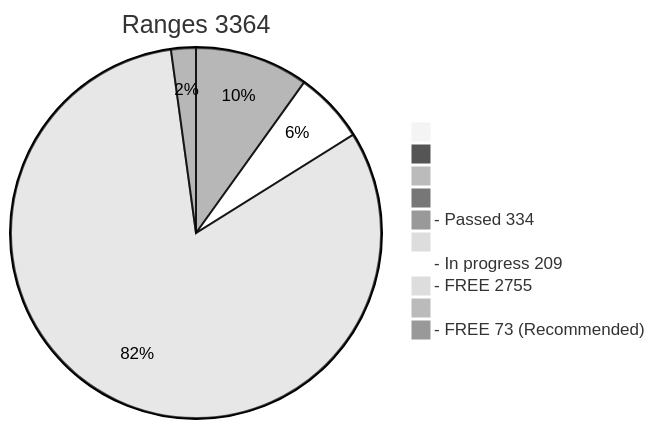
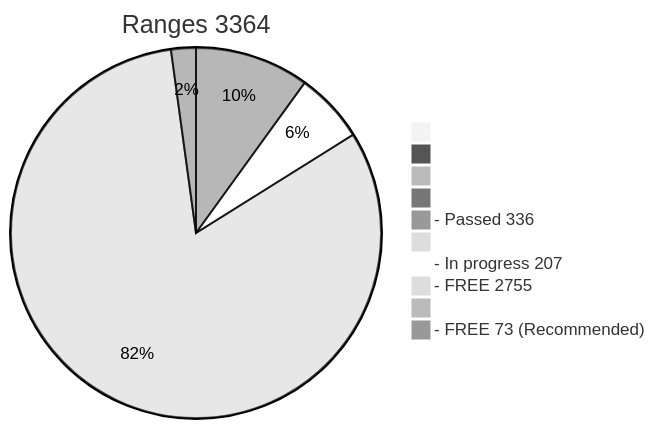
Before and after one commit to phrutis/wif500: the diagram in x64/Release/table.md, drawn with Mermaid (neutral theme). The commit also changed other lines of this file, not shown here.

````diff
--- a/x64/Release/table.md
+++ b/x64/Release/table.md
@@ -2,13 +2,13 @@
 ```mermaid
 pie title Ranges 3364
   " " : 0
   "  " : 0
   "   " : 0
   "    " : 0
-  "- Passed 334" : 334
+  "- Passed 336" : 336
   "     " : 0
-  "- In progress 209" : 209
+  "- In progress 207" : 207
   "- FREE 2755" : 2755
   "      " : 0
   "- FREE 73 (Recommended)" : 73
 ```
````
